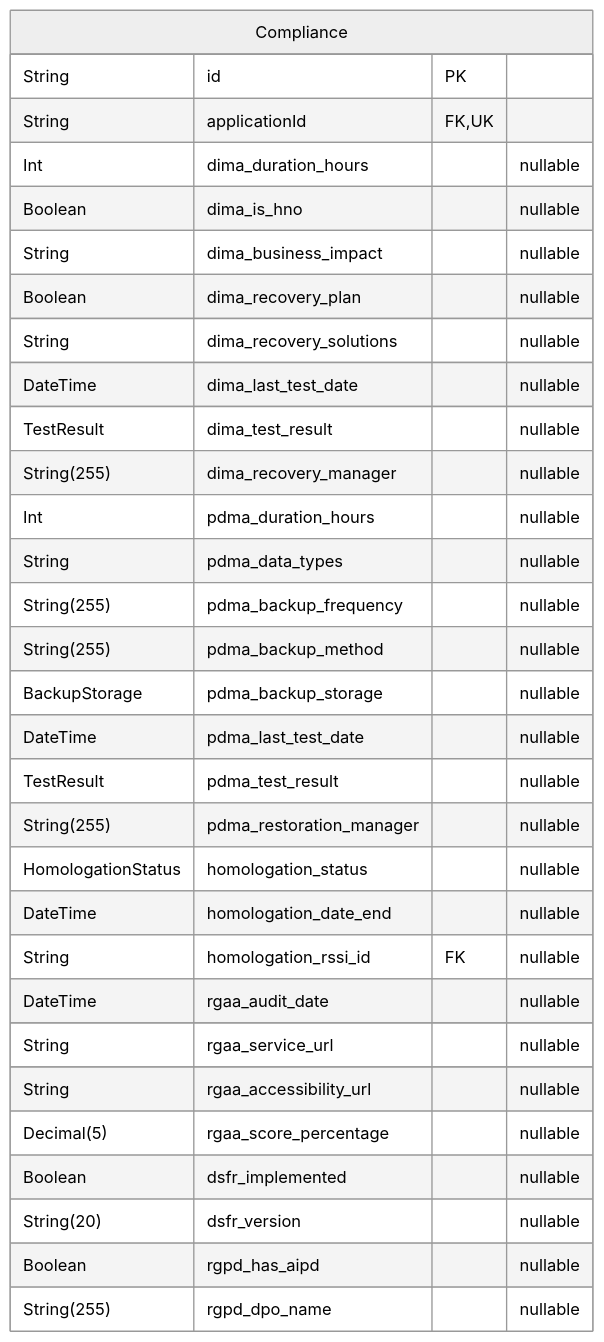
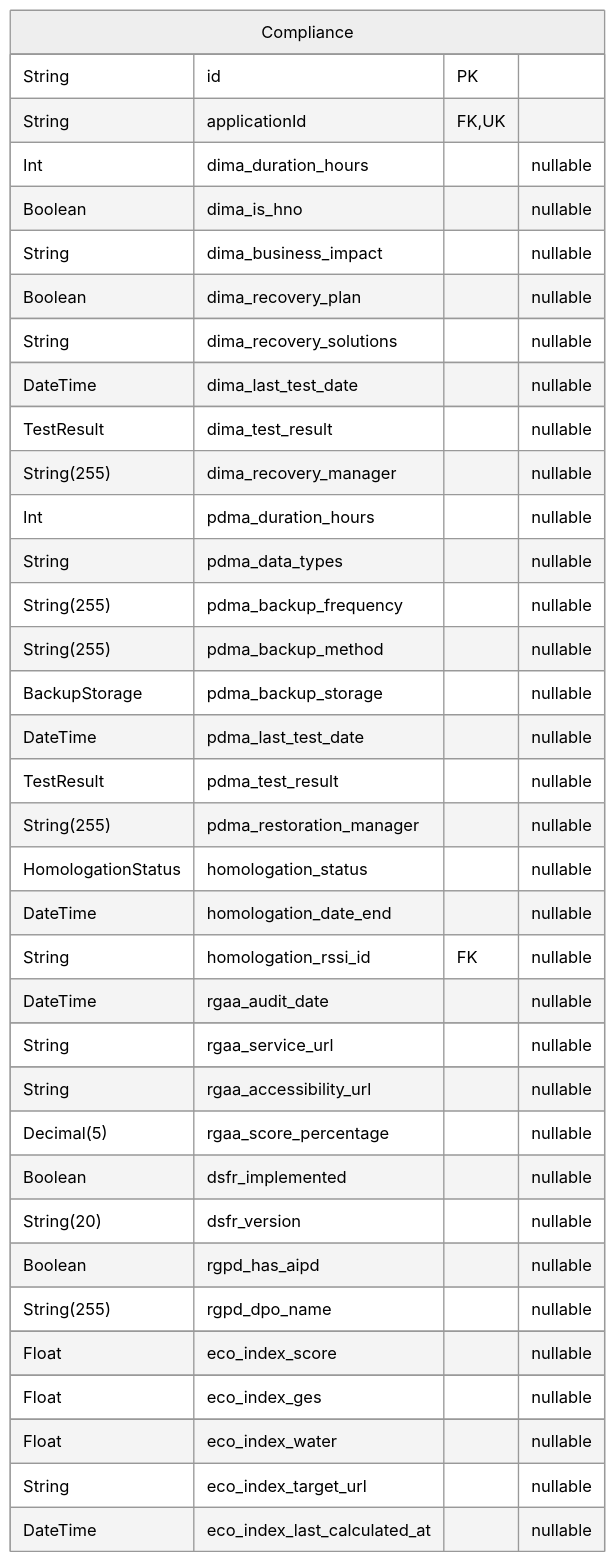
Before and after one commit to dnum-mi/referentiel-applications: the third of 12 diagrams in backend/prisma/docs/schema.md, drawn with Mermaid (neutral theme). The commit also changed other lines of this file and 23 other files, not shown here.

Commit message:
feat: :sparkles: add eco index calculation feature

````diff
--- a/backend/prisma/docs/schema.md
+++ b/backend/prisma/docs/schema.md
@@ -261,34 +260,39 @@
 ```mermaid
 erDiagram
 "Compliance" {
   String id PK
   String applicationId FK,UK
   Int dima_duration_hours "nullable"
   Boolean dima_is_hno "nullable"
   String dima_business_impact "nullable"
   Boolean dima_recovery_plan "nullable"
   String dima_recovery_solutions "nullable"
   DateTime dima_last_test_date "nullable"
   TestResult dima_test_result "nullable"
   String(255) dima_recovery_manager "nullable"
   Int pdma_duration_hours "nullable"
   String pdma_data_types "nullable"
   String(255) pdma_backup_frequency "nullable"
   String(255) pdma_backup_method "nullable"
   BackupStorage pdma_backup_storage "nullable"
   DateTime pdma_last_test_date "nullable"
   TestResult pdma_test_result "nullable"
   String(255) pdma_restoration_manager "nullable"
   HomologationStatus homologation_status "nullable"
   DateTime homologation_date_end "nullable"
   String homologation_rssi_id FK "nullable"
   DateTime rgaa_audit_date "nullable"
   String rgaa_service_url "nullable"
   String rgaa_accessibility_url "nullable"
   Decimal(5) rgaa_score_percentage "nullable"
   Boolean dsfr_implemented "nullable"
   String(20) dsfr_version "nullable"
   Boolean rgpd_has_aipd "nullable"
   String(255) rgpd_dpo_name "nullable"
+  Float eco_index_score "nullable"
+  Float eco_index_ges "nullable"
+  Float eco_index_water "nullable"
+  String eco_index_target_url "nullable"
+  DateTime eco_index_last_calculated_at "nullable"
 }
 ```
````
